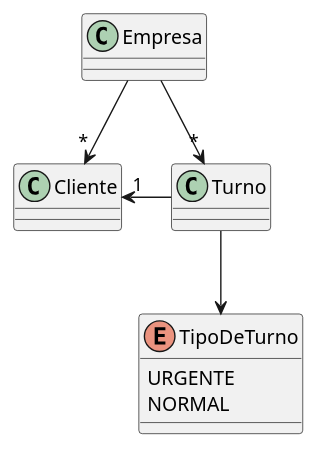
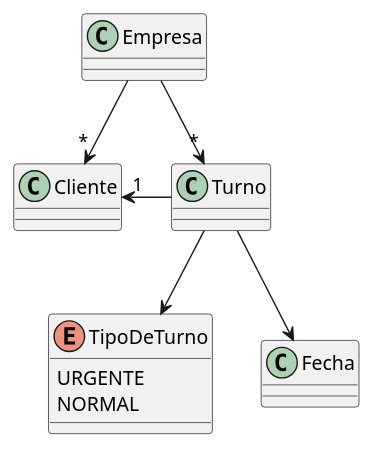
The diagram in Segundo Semestre/Clases/Correccion_de_la_Prueba1/src/Diagrama.puml (FernandoHuilca/EPN-FernandoHuilca), drawn with PlantUML before and after one commit. The commit also changed 19 other files, not shown here.

```diff
--- a/Segundo Semestre/Clases/Correccion_de_la_Prueba1/src/Diagrama.puml
+++ b/Segundo Semestre/Clases/Correccion_de_la_Prueba1/src/Diagrama.puml
@@ -1,19 +1,20 @@
 @startuml
 'https://plantuml.com/class-diagram
 
 class Empresa {
 }
 
 Empresa --> "*" Cliente
 Empresa --> "*" Turno
 Cliente "1"<- Turno
 Turno --> TipoDeTurno
+Turno --> Fecha
 enum TipoDeTurno {
     URGENTE
     NORMAL
 }
 
 
 
 
 @enduml
```
